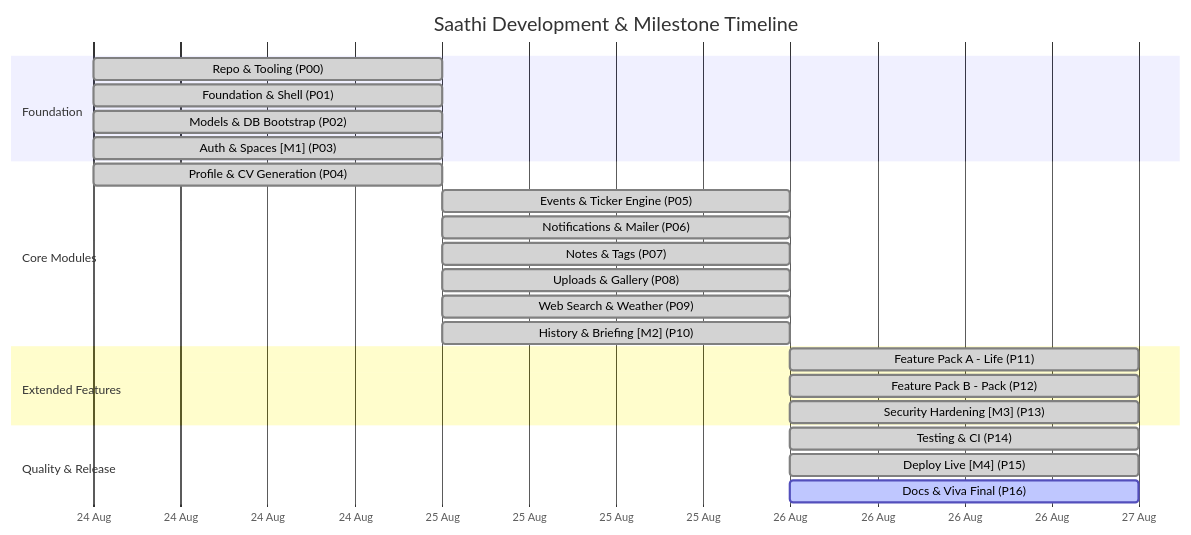
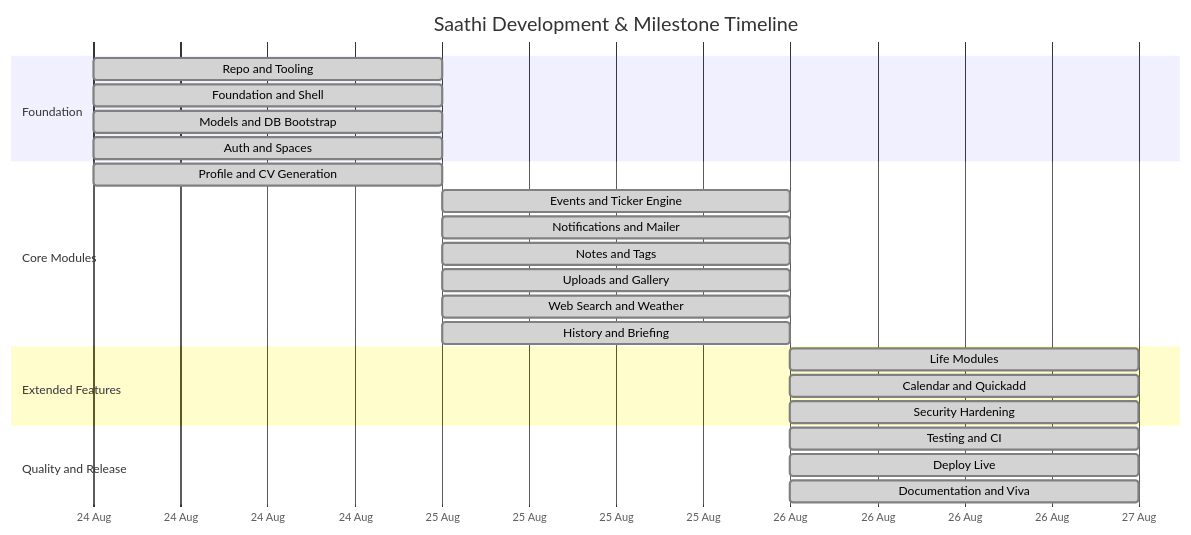
One commit to senutpal/saathi changed the eighth of 8 diagrams in docs/diagrams/behavioral_structural.md. Above: the diagram before and after it, drawn with Mermaid. The commit also changed 71 other files, not shown here.

````diff
--- a/docs/diagrams/behavioral_structural.md
+++ b/docs/diagrams/behavioral_structural.md
@@ -183,31 +183,31 @@
 ```mermaid
 gantt
     title Saathi Development & Milestone Timeline
     dateFormat YYYY-MM-DD
     axisFormat %d %b
 
     section Foundation
-    Repo & Tooling (P00)          :done, p00, 2026-08-24, 1d
-    Foundation & Shell (P01)      :done, p01, 2026-08-24, 1d
-    Models & DB Bootstrap (P02)   :done, p02, 2026-08-24, 1d
-    Auth & Spaces [M1] (P03)      :done, p03, 2026-08-24, 1d
+    Repo and Tooling             :done, p00, 2026-08-24, 1d
+    Foundation and Shell         :done, p01, 2026-08-24, 1d
+    Models and DB Bootstrap      :done, p02, 2026-08-24, 1d
+    Auth and Spaces              :done, p03, 2026-08-24, 1d
 
     section Core Modules
-    Profile & CV Generation (P04) :done, p04, 2026-08-24, 1d
-    Events & Ticker Engine (P05)  :done, p05, 2026-08-25, 1d
-    Notifications & Mailer (P06)  :done, p06, 2026-08-25, 1d
-    Notes & Tags (P07)            :done, p07, 2026-08-25, 1d
-    Uploads & Gallery (P08)       :done, p08, 2026-08-25, 1d
-    Web Search & Weather (P09)    :done, p09, 2026-08-25, 1d
-    History & Briefing [M2] (P10) :done, p10, 2026-08-25, 1d
+    Profile and CV Generation    :done, p04, 2026-08-24, 1d
+    Events and Ticker Engine     :done, p05, 2026-08-25, 1d
+    Notifications and Mailer     :done, p06, 2026-08-25, 1d
+    Notes and Tags               :done, p07, 2026-08-25, 1d
+    Uploads and Gallery          :done, p08, 2026-08-25, 1d
+    Web Search and Weather       :done, p09, 2026-08-25, 1d
+    History and Briefing         :done, p10, 2026-08-25, 1d
 
     section Extended Features
-    Feature Pack A - Life (P11)   :done, p11, 2026-08-26, 1d
-    Feature Pack B - Pack (P12)   :done, p12, 2026-08-26, 1d
-    Security Hardening [M3] (P13) :done, p13, 2026-08-26, 1d
+    Life Modules                 :done, p11, 2026-08-26, 1d
+    Calendar and Quickadd        :done, p12, 2026-08-26, 1d
+    Security Hardening           :done, p13, 2026-08-26, 1d
 
-    section Quality & Release
-    Testing & CI (P14)            :done, p14, 2026-08-26, 1d
-    Deploy Live [M4] (P15)        :done, p15, 2026-08-26, 1d
-    Docs & Viva Final (P16)       :active, p16, 2026-08-26, 1d
+    section Quality and Release
+    Testing and CI               :done, p14, 2026-08-26, 1d
+    Deploy Live                  :done, p15, 2026-08-26, 1d
+    Documentation and Viva       :done, p16, 2026-08-26, 1d
 ```
````
